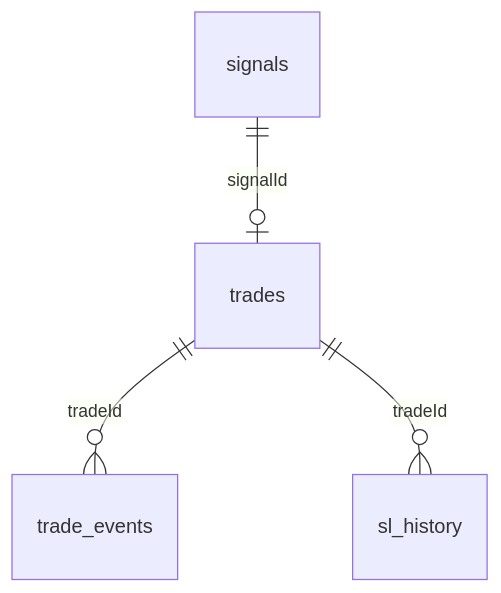
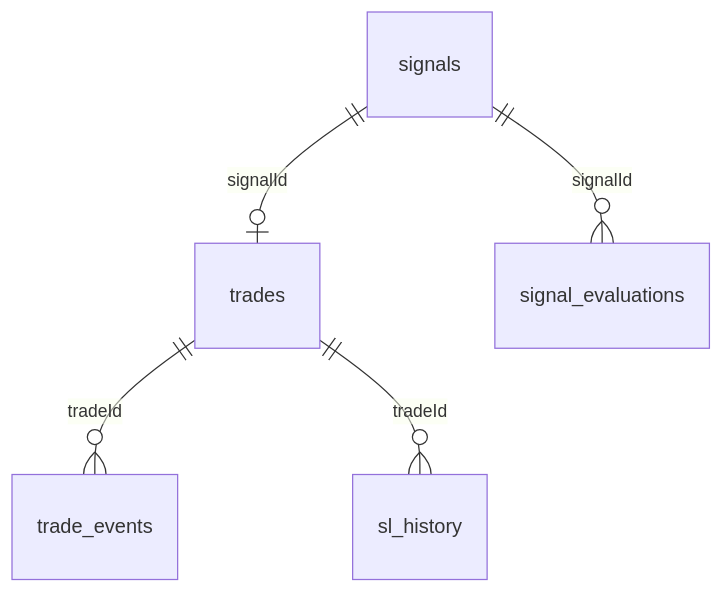
One commit to SamuiRo/EADrift changed the diagram in docs/DATA_MODEL.md. Above: the diagram before and after it, drawn with Mermaid. The commit also changed other lines of this file and 12 other files, not shown here.

````diff
--- a/docs/DATA_MODEL.md
+++ b/docs/DATA_MODEL.md
@@ -7,6 +7,7 @@
 ```mermaid
 erDiagram
     signals ||--o| trades : "signalId"
+    signals ||--o{ signal_evaluations : "signalId"
     trades ||--o{ trade_events : "tradeId"
     trades ||--o{ sl_history : "tradeId"
 ```
````
